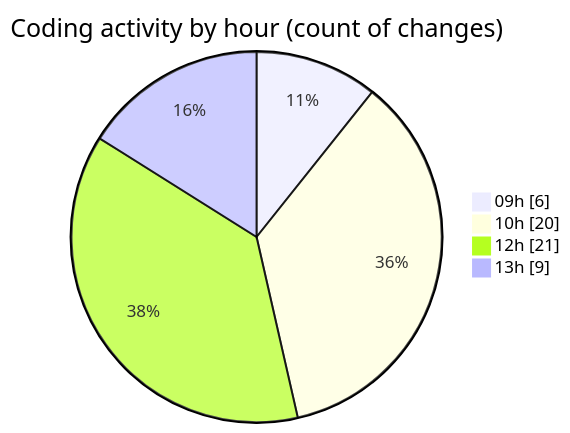
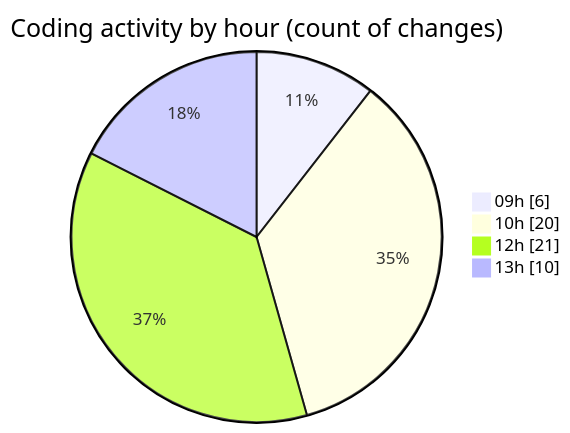
Before and after one commit to becaeroporto-bot/code-tracking: the second of 2 diagrams in 2026-02-18/bot_v1_2/README.md, drawn with Mermaid. The commit also changed other lines of this file and 1 other file, not shown here.

````diff
--- a/2026-02-18/bot_v1_2/README.md
+++ b/2026-02-18/bot_v1_2/README.md
@@ -55,8 +55,8 @@
 ```mermaid
 pie showData
 title Coding activity by hour (count of changes)
 "09h" : 6
 "10h" : 20
 "12h" : 21
-"13h" : 9
+"13h" : 10
 ```
````
